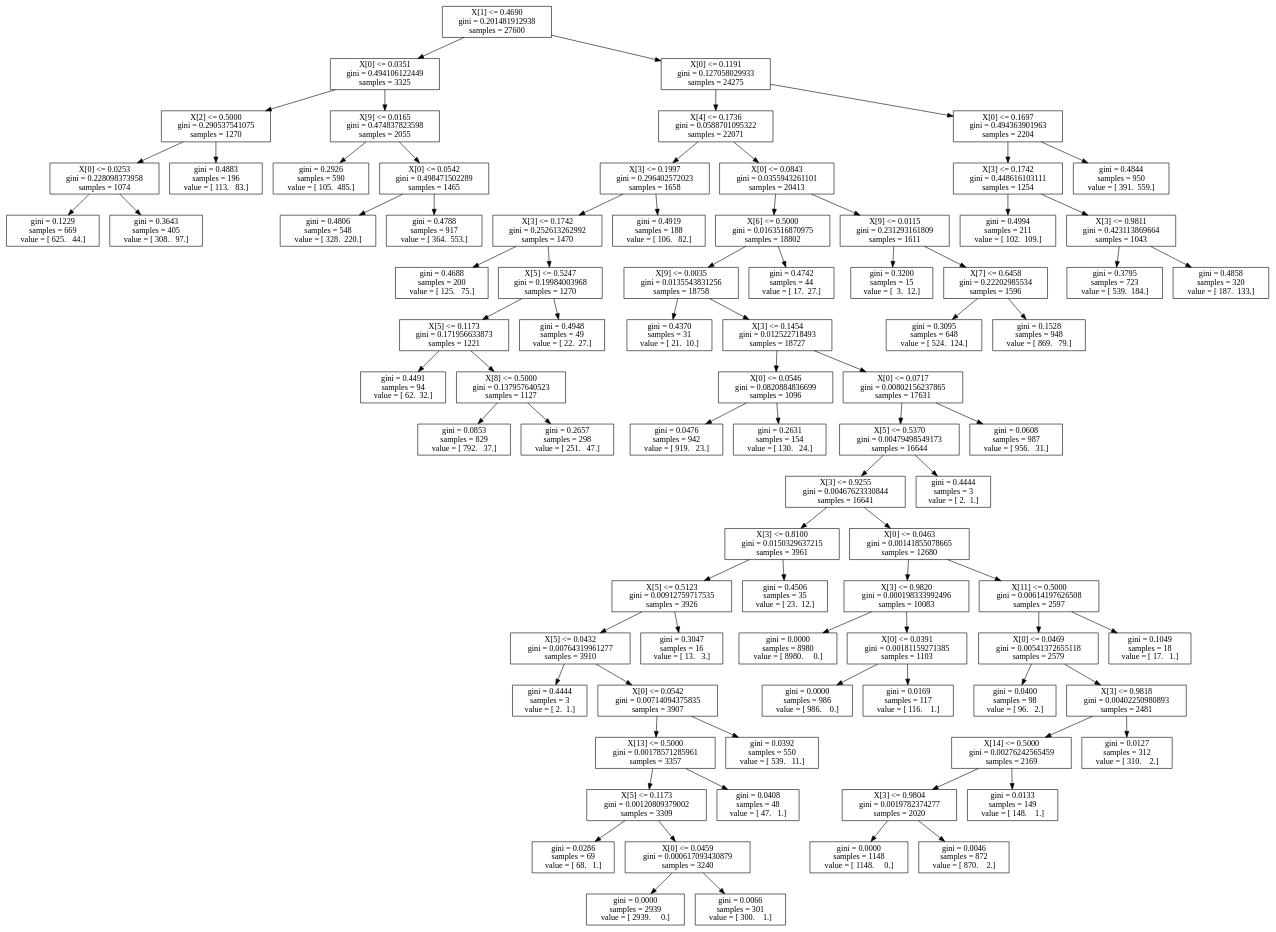
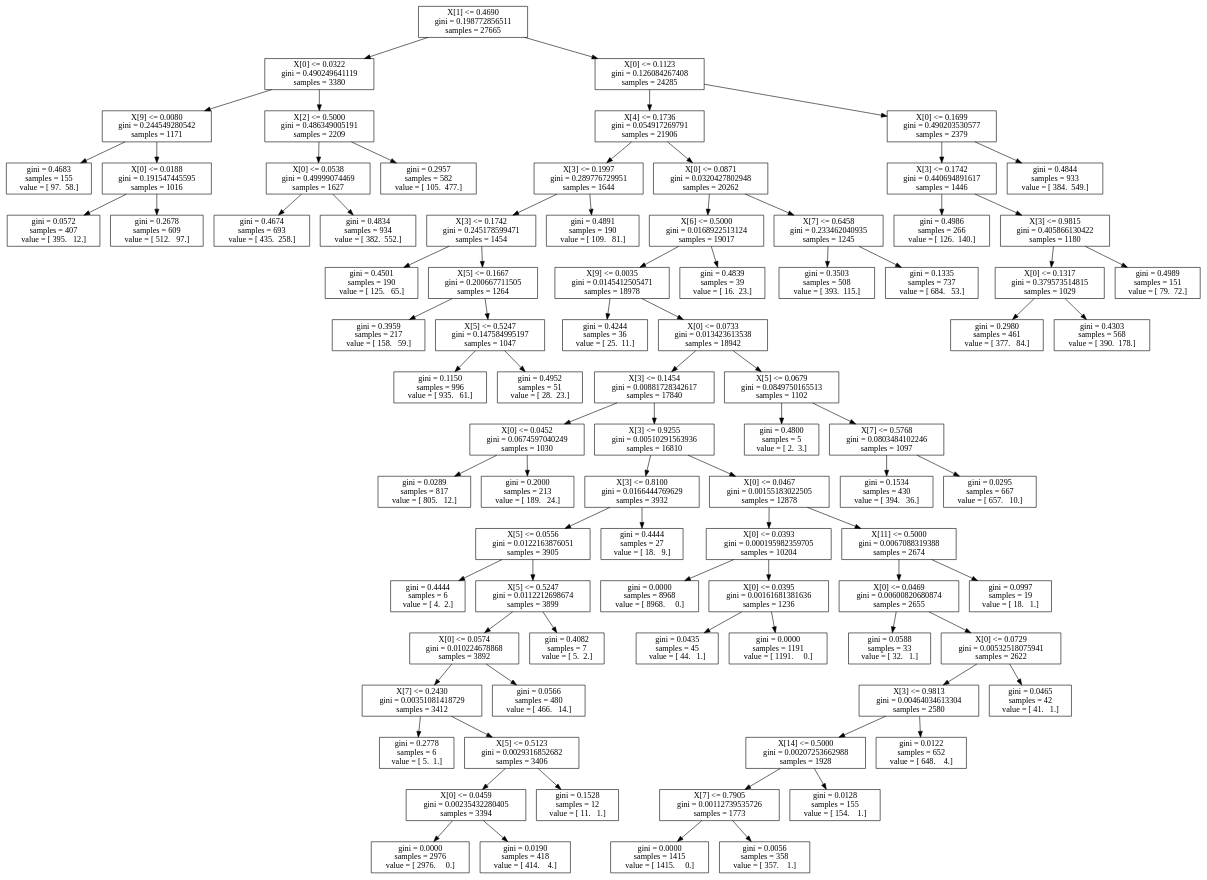
One commit to drabastomek/practicalDataAnalysisCookbook changed the diagram in Data/Chapter3/tree.dot. Above: the diagram before and after it, drawn with Graphviz.

Commit message:
Changed due to rerun of the code

```diff
--- a/Data/Chapter3/tree.dot
+++ b/Data/Chapter3/tree.dot
@@ -1,167 +1,171 @@
 digraph Tree {
-0 [label="X[1] <= 0.4690\ngini = 0.201481912938\nsamples = 27600", shape="box"] ;
-1 [label="X[0] <= 0.0351\ngini = 0.494106122449\nsamples = 3325", shape="box"] ;
+0 [label="X[1] <= 0.4690\ngini = 0.198772856511\nsamples = 27665", shape="box"] ;
+1 [label="X[0] <= 0.0322\ngini = 0.490249641119\nsamples = 3380", shape="box"] ;
 0 -> 1 ;
-2 [label="X[2] <= 0.5000\ngini = 0.290537541075\nsamples = 1270", shape="box"] ;
+2 [label="X[9] <= 0.0080\ngini = 0.244549280542\nsamples = 1171", shape="box"] ;
 1 -> 2 ;
-3 [label="X[0] <= 0.0253\ngini = 0.228098373958\nsamples = 1074", shape="box"] ;
+3 [label="gini = 0.4683\nsamples = 155\nvalue = [ 97.  58.]", shape="box"] ;
 2 -> 3 ;
-4 [label="gini = 0.1229\nsamples = 669\nvalue = [ 625.   44.]", shape="box"] ;
-3 -> 4 ;
-5 [label="gini = 0.3643\nsamples = 405\nvalue = [ 308.   97.]", shape="box"] ;
-3 -> 5 ;
-6 [label="gini = 0.4883\nsamples = 196\nvalue = [ 113.   83.]", shape="box"] ;
-2 -> 6 ;
-7 [label="X[9] <= 0.0165\ngini = 0.474837823598\nsamples = 2055", shape="box"] ;
+4 [label="X[0] <= 0.0188\ngini = 0.191547445595\nsamples = 1016", shape="box"] ;
+2 -> 4 ;
+5 [label="gini = 0.0572\nsamples = 407\nvalue = [ 395.   12.]", shape="box"] ;
+4 -> 5 ;
+6 [label="gini = 0.2678\nsamples = 609\nvalue = [ 512.   97.]", shape="box"] ;
+4 -> 6 ;
+7 [label="X[2] <= 0.5000\ngini = 0.486349005191\nsamples = 2209", shape="box"] ;
 1 -> 7 ;
-8 [label="gini = 0.2926\nsamples = 590\nvalue = [ 105.  485.]", shape="box"] ;
+8 [label="X[0] <= 0.0538\ngini = 0.49999074469\nsamples = 1627", shape="box"] ;
 7 -> 8 ;
-9 [label="X[0] <= 0.0542\ngini = 0.498471502289\nsamples = 1465", shape="box"] ;
-7 -> 9 ;
-10 [label="gini = 0.4806\nsamples = 548\nvalue = [ 328.  220.]", shape="box"] ;
-9 -> 10 ;
-11 [label="gini = 0.4788\nsamples = 917\nvalue = [ 364.  553.]", shape="box"] ;
-9 -> 11 ;
-12 [label="X[0] <= 0.1191\ngini = 0.127058029933\nsamples = 24275", shape="box"] ;
+9 [label="gini = 0.4674\nsamples = 693\nvalue = [ 435.  258.]", shape="box"] ;
+8 -> 9 ;
+10 [label="gini = 0.4834\nsamples = 934\nvalue = [ 382.  552.]", shape="box"] ;
+8 -> 10 ;
+11 [label="gini = 0.2957\nsamples = 582\nvalue = [ 105.  477.]", shape="box"] ;
+7 -> 11 ;
+12 [label="X[0] <= 0.1123\ngini = 0.126084267408\nsamples = 24285", shape="box"] ;
 0 -> 12 ;
-13 [label="X[4] <= 0.1736\ngini = 0.0588701095322\nsamples = 22071", shape="box"] ;
+13 [label="X[4] <= 0.1736\ngini = 0.054917269791\nsamples = 21906", shape="box"] ;
 12 -> 13 ;
-14 [label="X[3] <= 0.1997\ngini = 0.296402572023\nsamples = 1658", shape="box"] ;
+14 [label="X[3] <= 0.1997\ngini = 0.289776729951\nsamples = 1644", shape="box"] ;
 13 -> 14 ;
-15 [label="X[3] <= 0.1742\ngini = 0.252613262992\nsamples = 1470", shape="box"] ;
+15 [label="X[3] <= 0.1742\ngini = 0.245178599471\nsamples = 1454", shape="box"] ;
 14 -> 15 ;
-16 [label="gini = 0.4688\nsamples = 200\nvalue = [ 125.   75.]", shape="box"] ;
+16 [label="gini = 0.4501\nsamples = 190\nvalue = [ 125.   65.]", shape="box"] ;
 15 -> 16 ;
-17 [label="X[5] <= 0.5247\ngini = 0.19984003968\nsamples = 1270", shape="box"] ;
+17 [label="X[5] <= 0.1667\ngini = 0.200667711505\nsamples = 1264", shape="box"] ;
 15 -> 17 ;
-18 [label="X[5] <= 0.1173\ngini = 0.171956633873\nsamples = 1221", shape="box"] ;
+18 [label="gini = 0.3959\nsamples = 217\nvalue = [ 158.   59.]", shape="box"] ;
 17 -> 18 ;
-19 [label="gini = 0.4491\nsamples = 94\nvalue = [ 62.  32.]", shape="box"] ;
-18 -> 19 ;
-20 [label="X[8] <= 0.5000\ngini = 0.137957640523\nsamples = 1127", shape="box"] ;
-18 -> 20 ;
-21 [label="gini = 0.0853\nsamples = 829\nvalue = [ 792.   37.]", shape="box"] ;
-20 -> 21 ;
-22 [label="gini = 0.2657\nsamples = 298\nvalue = [ 251.   47.]", shape="box"] ;
-20 -> 22 ;
-23 [label="gini = 0.4948\nsamples = 49\nvalue = [ 22.  27.]", shape="box"] ;
-17 -> 23 ;
-24 [label="gini = 0.4919\nsamples = 188\nvalue = [ 106.   82.]", shape="box"] ;
-14 -> 24 ;
-25 [label="X[0] <= 0.0843\ngini = 0.0355943261101\nsamples = 20413", shape="box"] ;
-13 -> 25 ;
-26 [label="X[6] <= 0.5000\ngini = 0.0163516870975\nsamples = 18802", shape="box"] ;
+19 [label="X[5] <= 0.5247\ngini = 0.147584995197\nsamples = 1047", shape="box"] ;
+17 -> 19 ;
+20 [label="gini = 0.1150\nsamples = 996\nvalue = [ 935.   61.]", shape="box"] ;
+19 -> 20 ;
+21 [label="gini = 0.4952\nsamples = 51\nvalue = [ 28.  23.]", shape="box"] ;
+19 -> 21 ;
+22 [label="gini = 0.4891\nsamples = 190\nvalue = [ 109.   81.]", shape="box"] ;
+14 -> 22 ;
+23 [label="X[0] <= 0.0871\ngini = 0.0320427802948\nsamples = 20262", shape="box"] ;
+13 -> 23 ;
+24 [label="X[6] <= 0.5000\ngini = 0.0168922513124\nsamples = 19017", shape="box"] ;
+23 -> 24 ;
+25 [label="X[9] <= 0.0035\ngini = 0.0145412505471\nsamples = 18978", shape="box"] ;
+24 -> 25 ;
+26 [label="gini = 0.4244\nsamples = 36\nvalue = [ 25.  11.]", shape="box"] ;
 25 -> 26 ;
-27 [label="X[9] <= 0.0035\ngini = 0.0135543831256\nsamples = 18758", shape="box"] ;
-26 -> 27 ;
-28 [label="gini = 0.4370\nsamples = 31\nvalue = [ 21.  10.]", shape="box"] ;
+27 [label="X[0] <= 0.0733\ngini = 0.013423613538\nsamples = 18942", shape="box"] ;
+25 -> 27 ;
+28 [label="X[3] <= 0.1454\ngini = 0.00881728342617\nsamples = 17840", shape="box"] ;
 27 -> 28 ;
-29 [label="X[3] <= 0.1454\ngini = 0.012522718493\nsamples = 18727", shape="box"] ;
-27 -> 29 ;
-30 [label="X[0] <= 0.0546\ngini = 0.0820884836699\nsamples = 1096", shape="box"] ;
+29 [label="X[0] <= 0.0452\ngini = 0.0674597040249\nsamples = 1030", shape="box"] ;
+28 -> 29 ;
+30 [label="gini = 0.0289\nsamples = 817\nvalue = [ 805.   12.]", shape="box"] ;
 29 -> 30 ;
-31 [label="gini = 0.0476\nsamples = 942\nvalue = [ 919.   23.]", shape="box"] ;
-30 -> 31 ;
-32 [label="gini = 0.2631\nsamples = 154\nvalue = [ 130.   24.]", shape="box"] ;
-30 -> 32 ;
-33 [label="X[0] <= 0.0717\ngini = 0.00802156237865\nsamples = 17631", shape="box"] ;
-29 -> 33 ;
-34 [label="X[5] <= 0.5370\ngini = 0.00479498549173\nsamples = 16644", shape="box"] ;
+31 [label="gini = 0.2000\nsamples = 213\nvalue = [ 189.   24.]", shape="box"] ;
+29 -> 31 ;
+32 [label="X[3] <= 0.9255\ngini = 0.00510291563936\nsamples = 16810", shape="box"] ;
+28 -> 32 ;
+33 [label="X[3] <= 0.8100\ngini = 0.0166444769629\nsamples = 3932", shape="box"] ;
+32 -> 33 ;
+34 [label="X[5] <= 0.0556\ngini = 0.0122163876051\nsamples = 3905", shape="box"] ;
 33 -> 34 ;
-35 [label="X[3] <= 0.9255\ngini = 0.00467623330844\nsamples = 16641", shape="box"] ;
+35 [label="gini = 0.4444\nsamples = 6\nvalue = [ 4.  2.]", shape="box"] ;
 34 -> 35 ;
-36 [label="X[3] <= 0.8100\ngini = 0.0150329637215\nsamples = 3961", shape="box"] ;
-35 -> 36 ;
-37 [label="X[5] <= 0.5123\ngini = 0.00912759717535\nsamples = 3926", shape="box"] ;
+36 [label="X[5] <= 0.5247\ngini = 0.0112212698674\nsamples = 3899", shape="box"] ;
+34 -> 36 ;
+37 [label="X[0] <= 0.0574\ngini = 0.010224678868\nsamples = 3892", shape="box"] ;
 36 -> 37 ;
-38 [label="X[5] <= 0.0432\ngini = 0.00764319961277\nsamples = 3910", shape="box"] ;
+38 [label="X[7] <= 0.2430\ngini = 0.00351081418729\nsamples = 3412", shape="box"] ;
 37 -> 38 ;
-39 [label="gini = 0.4444\nsamples = 3\nvalue = [ 2.  1.]", shape="box"] ;
+39 [label="gini = 0.2778\nsamples = 6\nvalue = [ 5.  1.]", shape="box"] ;
 38 -> 39 ;
-40 [label="X[0] <= 0.0542\ngini = 0.00714094375835\nsamples = 3907", shape="box"] ;
+40 [label="X[5] <= 0.5123\ngini = 0.0029316852682\nsamples = 3406", shape="box"] ;
 38 -> 40 ;
-41 [label="X[13] <= 0.5000\ngini = 0.00178571285961\nsamples = 3357", shape="box"] ;
+41 [label="X[0] <= 0.0459\ngini = 0.00235432280405\nsamples = 3394", shape="box"] ;
 40 -> 41 ;
-42 [label="X[5] <= 0.1173\ngini = 0.00120809379002\nsamples = 3309", shape="box"] ;
+42 [label="gini = 0.0000\nsamples = 2976\nvalue = [ 2976.     0.]", shape="box"] ;
 41 -> 42 ;
-43 [label="gini = 0.0286\nsamples = 69\nvalue = [ 68.   1.]", shape="box"] ;
-42 -> 43 ;
-44 [label="X[0] <= 0.0459\ngini = 0.000617093430879\nsamples = 3240", shape="box"] ;
-42 -> 44 ;
-45 [label="gini = 0.0000\nsamples = 2939\nvalue = [ 2939.     0.]", shape="box"] ;
-44 -> 45 ;
-46 [label="gini = 0.0066\nsamples = 301\nvalue = [ 300.    1.]", shape="box"] ;
-44 -> 46 ;
-47 [label="gini = 0.0408\nsamples = 48\nvalue = [ 47.   1.]", shape="box"] ;
-41 -> 47 ;
-48 [label="gini = 0.0392\nsamples = 550\nvalue = [ 539.   11.]", shape="box"] ;
-40 -> 48 ;
-49 [label="gini = 0.3047\nsamples = 16\nvalue = [ 13.   3.]", shape="box"] ;
-37 -> 49 ;
-50 [label="gini = 0.4506\nsamples = 35\nvalue = [ 23.  12.]", shape="box"] ;
-36 -> 50 ;
-51 [label="X[0] <= 0.0463\ngini = 0.00141855078665\nsamples = 12680", shape="box"] ;
-35 -> 51 ;
-52 [label="X[3] <= 0.9820\ngini = 0.000198333992496\nsamples = 10083", shape="box"] ;
+43 [label="gini = 0.0190\nsamples = 418\nvalue = [ 414.    4.]", shape="box"] ;
+41 -> 43 ;
+44 [label="gini = 0.1528\nsamples = 12\nvalue = [ 11.   1.]", shape="box"] ;
+40 -> 44 ;
+45 [label="gini = 0.0566\nsamples = 480\nvalue = [ 466.   14.]", shape="box"] ;
+37 -> 45 ;
+46 [label="gini = 0.4082\nsamples = 7\nvalue = [ 5.  2.]", shape="box"] ;
+36 -> 46 ;
+47 [label="gini = 0.4444\nsamples = 27\nvalue = [ 18.   9.]", shape="box"] ;
+33 -> 47 ;
+48 [label="X[0] <= 0.0467\ngini = 0.00155183022505\nsamples = 12878", shape="box"] ;
+32 -> 48 ;
+49 [label="X[0] <= 0.0393\ngini = 0.000195982359705\nsamples = 10204", shape="box"] ;
+48 -> 49 ;
+50 [label="gini = 0.0000\nsamples = 8968\nvalue = [ 8968.     0.]", shape="box"] ;
+49 -> 50 ;
+51 [label="X[0] <= 0.0395\ngini = 0.00161681381636\nsamples = 1236", shape="box"] ;
+49 -> 51 ;
+52 [label="gini = 0.0435\nsamples = 45\nvalue = [ 44.   1.]", shape="box"] ;
 51 -> 52 ;
-53 [label="gini = 0.0000\nsamples = 8980\nvalue = [ 8980.     0.]", shape="box"] ;
-52 -> 53 ;
-54 [label="X[0] <= 0.0391\ngini = 0.00181159271385\nsamples = 1103", shape="box"] ;
-52 -> 54 ;
-55 [label="gini = 0.0000\nsamples = 986\nvalue = [ 986.    0.]", shape="box"] ;
+53 [label="gini = 0.0000\nsamples = 1191\nvalue = [ 1191.     0.]", shape="box"] ;
+51 -> 53 ;
+54 [label="X[11] <= 0.5000\ngini = 0.0067088319388\nsamples = 2674", shape="box"] ;
+48 -> 54 ;
+55 [label="X[0] <= 0.0469\ngini = 0.00600820680874\nsamples = 2655", shape="box"] ;
 54 -> 55 ;
-56 [label="gini = 0.0169\nsamples = 117\nvalue = [ 116.    1.]", shape="box"] ;
-54 -> 56 ;
-57 [label="X[11] <= 0.5000\ngini = 0.00614197626508\nsamples = 2597", shape="box"] ;
-51 -> 57 ;
-58 [label="X[0] <= 0.0469\ngini = 0.00541372655118\nsamples = 2579", shape="box"] ;
+56 [label="gini = 0.0588\nsamples = 33\nvalue = [ 32.   1.]", shape="box"] ;
+55 -> 56 ;
+57 [label="X[0] <= 0.0729\ngini = 0.00532518075941\nsamples = 2622", shape="box"] ;
+55 -> 57 ;
+58 [label="X[3] <= 0.9813\ngini = 0.00464034613304\nsamples = 2580", shape="box"] ;
 57 -> 58 ;
-59 [label="gini = 0.0400\nsamples = 98\nvalue = [ 96.   2.]", shape="box"] ;
+59 [label="X[14] <= 0.5000\ngini = 0.00207253662988\nsamples = 1928", shape="box"] ;
 58 -> 59 ;
-60 [label="X[3] <= 0.9818\ngini = 0.00402250980893\nsamples = 2481", shape="box"] ;
-58 -> 60 ;
-61 [label="X[14] <= 0.5000\ngini = 0.00276242565459\nsamples = 2169", shape="box"] ;
+60 [label="X[7] <= 0.7905\ngini = 0.00112739535726\nsamples = 1773", shape="box"] ;
+59 -> 60 ;
+61 [label="gini = 0.0000\nsamples = 1415\nvalue = [ 1415.     0.]", shape="box"] ;
 60 -> 61 ;
-62 [label="X[3] <= 0.9804\ngini = 0.0019782374277\nsamples = 2020", shape="box"] ;
-61 -> 62 ;
-63 [label="gini = 0.0000\nsamples = 1148\nvalue = [ 1148.     0.]", shape="box"] ;
-62 -> 63 ;
-64 [label="gini = 0.0046\nsamples = 872\nvalue = [ 870.    2.]", shape="box"] ;
-62 -> 64 ;
-65 [label="gini = 0.0133\nsamples = 149\nvalue = [ 148.    1.]", shape="box"] ;
-61 -> 65 ;
-66 [label="gini = 0.0127\nsamples = 312\nvalue = [ 310.    2.]", shape="box"] ;
-60 -> 66 ;
-67 [label="gini = 0.1049\nsamples = 18\nvalue = [ 17.   1.]", shape="box"] ;
-57 -> 67 ;
-68 [label="gini = 0.4444\nsamples = 3\nvalue = [ 2.  1.]", shape="box"] ;
-34 -> 68 ;
-69 [label="gini = 0.0608\nsamples = 987\nvalue = [ 956.   31.]", shape="box"] ;
-33 -> 69 ;
-70 [label="gini = 0.4742\nsamples = 44\nvalue = [ 17.  27.]", shape="box"] ;
-26 -> 70 ;
-71 [label="X[9] <= 0.0115\ngini = 0.231293161809\nsamples = 1611", shape="box"] ;
-25 -> 71 ;
-72 [label="gini = 0.3200\nsamples = 15\nvalue = [  3.  12.]", shape="box"] ;
-71 -> 72 ;
-73 [label="X[7] <= 0.6458\ngini = 0.22202985534\nsamples = 1596", shape="box"] ;
-71 -> 73 ;
-74 [label="gini = 0.3095\nsamples = 648\nvalue = [ 524.  124.]", shape="box"] ;
+62 [label="gini = 0.0056\nsamples = 358\nvalue = [ 357.    1.]", shape="box"] ;
+60 -> 62 ;
+63 [label="gini = 0.0128\nsamples = 155\nvalue = [ 154.    1.]", shape="box"] ;
+59 -> 63 ;
+64 [label="gini = 0.0122\nsamples = 652\nvalue = [ 648.    4.]", shape="box"] ;
+58 -> 64 ;
+65 [label="gini = 0.0465\nsamples = 42\nvalue = [ 41.   1.]", shape="box"] ;
+57 -> 65 ;
+66 [label="gini = 0.0997\nsamples = 19\nvalue = [ 18.   1.]", shape="box"] ;
+54 -> 66 ;
+67 [label="X[5] <= 0.0679\ngini = 0.0849750165513\nsamples = 1102", shape="box"] ;
+27 -> 67 ;
+68 [label="gini = 0.4800\nsamples = 5\nvalue = [ 2.  3.]", shape="box"] ;
+67 -> 68 ;
+69 [label="X[7] <= 0.5768\ngini = 0.0803484102246\nsamples = 1097", shape="box"] ;
+67 -> 69 ;
+70 [label="gini = 0.1534\nsamples = 430\nvalue = [ 394.   36.]", shape="box"] ;
+69 -> 70 ;
+71 [label="gini = 0.0295\nsamples = 667\nvalue = [ 657.   10.]", shape="box"] ;
+69 -> 71 ;
+72 [label="gini = 0.4839\nsamples = 39\nvalue = [ 16.  23.]", shape="box"] ;
+24 -> 72 ;
+73 [label="X[7] <= 0.6458\ngini = 0.233462040935\nsamples = 1245", shape="box"] ;
+23 -> 73 ;
+74 [label="gini = 0.3503\nsamples = 508\nvalue = [ 393.  115.]", shape="box"] ;
 73 -> 74 ;
-75 [label="gini = 0.1528\nsamples = 948\nvalue = [ 869.   79.]", shape="box"] ;
+75 [label="gini = 0.1335\nsamples = 737\nvalue = [ 684.   53.]", shape="box"] ;
 73 -> 75 ;
-76 [label="X[0] <= 0.1697\ngini = 0.494363901963\nsamples = 2204", shape="box"] ;
+76 [label="X[0] <= 0.1699\ngini = 0.490203530577\nsamples = 2379", shape="box"] ;
 12 -> 76 ;
-77 [label="X[3] <= 0.1742\ngini = 0.448616103111\nsamples = 1254", shape="box"] ;
+77 [label="X[3] <= 0.1742\ngini = 0.440694891617\nsamples = 1446", shape="box"] ;
 76 -> 77 ;
-78 [label="gini = 0.4994\nsamples = 211\nvalue = [ 102.  109.]", shape="box"] ;
+78 [label="gini = 0.4986\nsamples = 266\nvalue = [ 126.  140.]", shape="box"] ;
 77 -> 78 ;
-79 [label="X[3] <= 0.9811\ngini = 0.423113869664\nsamples = 1043", shape="box"] ;
+79 [label="X[3] <= 0.9815\ngini = 0.405866130422\nsamples = 1180", shape="box"] ;
 77 -> 79 ;
-80 [label="gini = 0.3795\nsamples = 723\nvalue = [ 539.  184.]", shape="box"] ;
+80 [label="X[0] <= 0.1317\ngini = 0.379573514815\nsamples = 1029", shape="box"] ;
 79 -> 80 ;
-81 [label="gini = 0.4858\nsamples = 320\nvalue = [ 187.  133.]", shape="box"] ;
-79 -> 81 ;
-82 [label="gini = 0.4844\nsamples = 950\nvalue = [ 391.  559.]", shape="box"] ;
-76 -> 82 ;
+81 [label="gini = 0.2980\nsamples = 461\nvalue = [ 377.   84.]", shape="box"] ;
+80 -> 81 ;
+82 [label="gini = 0.4303\nsamples = 568\nvalue = [ 390.  178.]", shape="box"] ;
+80 -> 82 ;
+83 [label="gini = 0.4989\nsamples = 151\nvalue = [ 79.  72.]", shape="box"] ;
+79 -> 83 ;
+84 [label="gini = 0.4844\nsamples = 933\nvalue = [ 384.  549.]", shape="box"] ;
+76 -> 84 ;
 }
```
